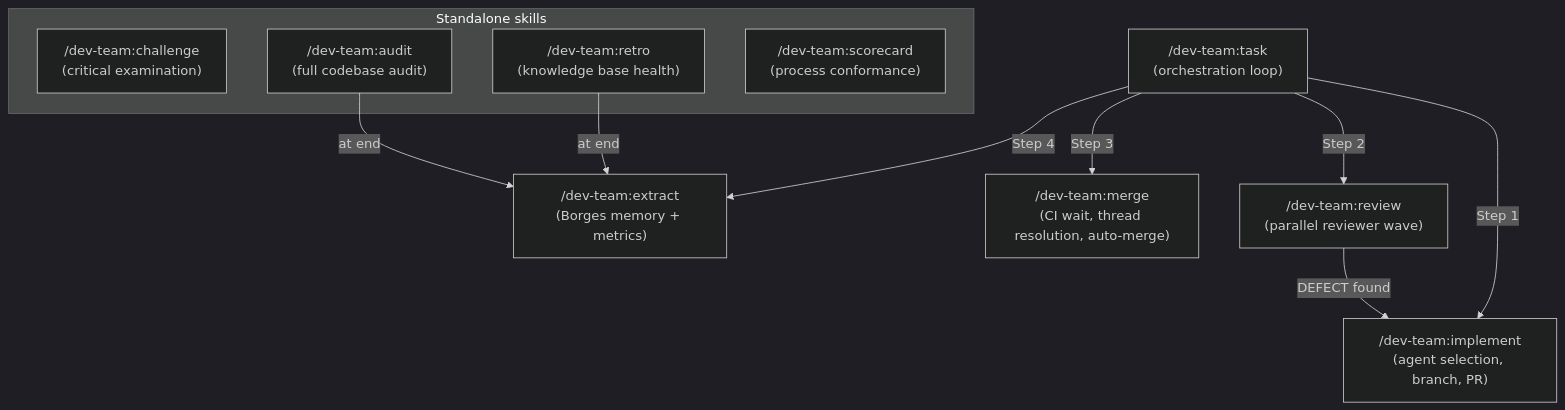
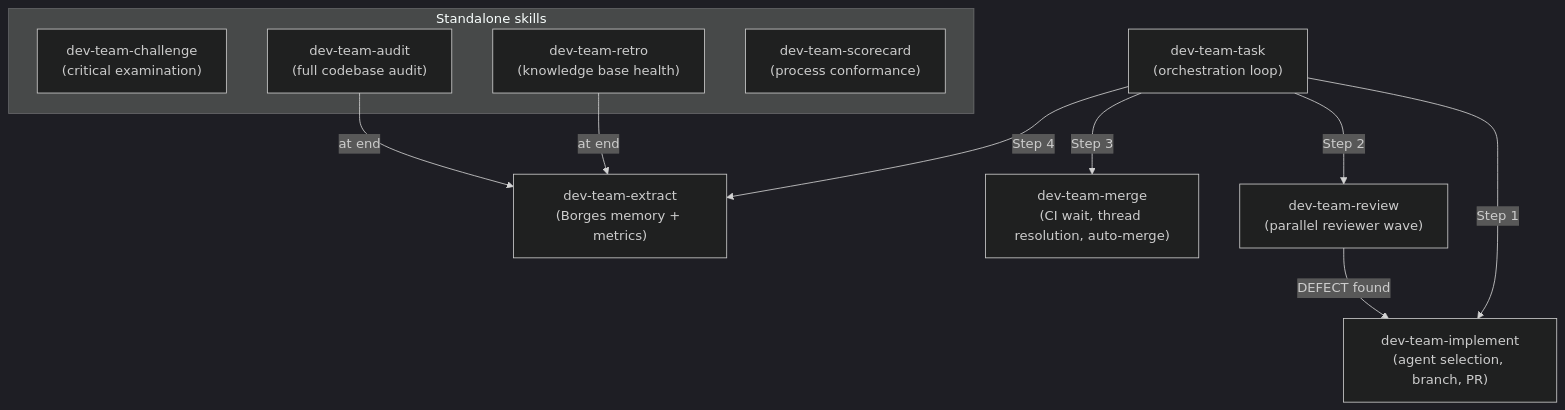
Before and after one commit to fredericboyer/dev-team: the fourth of 6 diagrams in ARCHITECTURE.md, drawn with Mermaid (dark theme). The commit also changed other lines of this file and 51 other files, not shown here.

````diff
--- a/ARCHITECTURE.md
+++ b/ARCHITECTURE.md
@@ -142,25 +142,25 @@
 ```mermaid
 graph TB
-    Task["/dev-team:task<br/>(orchestration loop)"]
+    Task["dev-team-task<br/>(orchestration loop)"]
 
-    Implement["/dev-team:implement<br/>(agent selection, branch, PR)"]
-    Review["/dev-team:review<br/>(parallel reviewer wave)"]
-    Merge["/dev-team:merge<br/>(CI wait, thread resolution, auto-merge)"]
-    Extract["/dev-team:extract<br/>(Borges memory + metrics)"]
+    Implement["dev-team-implement<br/>(agent selection, branch, PR)"]
+    Review["dev-team-review<br/>(parallel reviewer wave)"]
+    Merge["dev-team-merge<br/>(CI wait, thread resolution, auto-merge)"]
+    Extract["dev-team-extract<br/>(Borges memory + metrics)"]
 
     Task -->|"Step 1"| Implement
     Task -->|"Step 2"| Review
     Review -->|"DEFECT found"| Implement
     Task -->|"Step 3"| Merge
     Task -->|"Step 4"| Extract
 
     subgraph "Standalone skills"
-        Challenge["/dev-team:challenge<br/>(critical examination)"]
-        Audit["/dev-team:audit<br/>(full codebase audit)"]
-        Retro["/dev-team:retro<br/>(knowledge base health)"]
-        Scorecard["/dev-team:scorecard<br/>(process conformance)"]
+        Challenge["dev-team-challenge<br/>(critical examination)"]
+        Audit["dev-team-audit<br/>(full codebase audit)"]
+        Retro["dev-team-retro<br/>(knowledge base health)"]
+        Scorecard["dev-team-scorecard<br/>(process conformance)"]
     end
 
     Audit -->|"at end"| Extract
     Retro -->|"at end"| Extract
 ```
````
